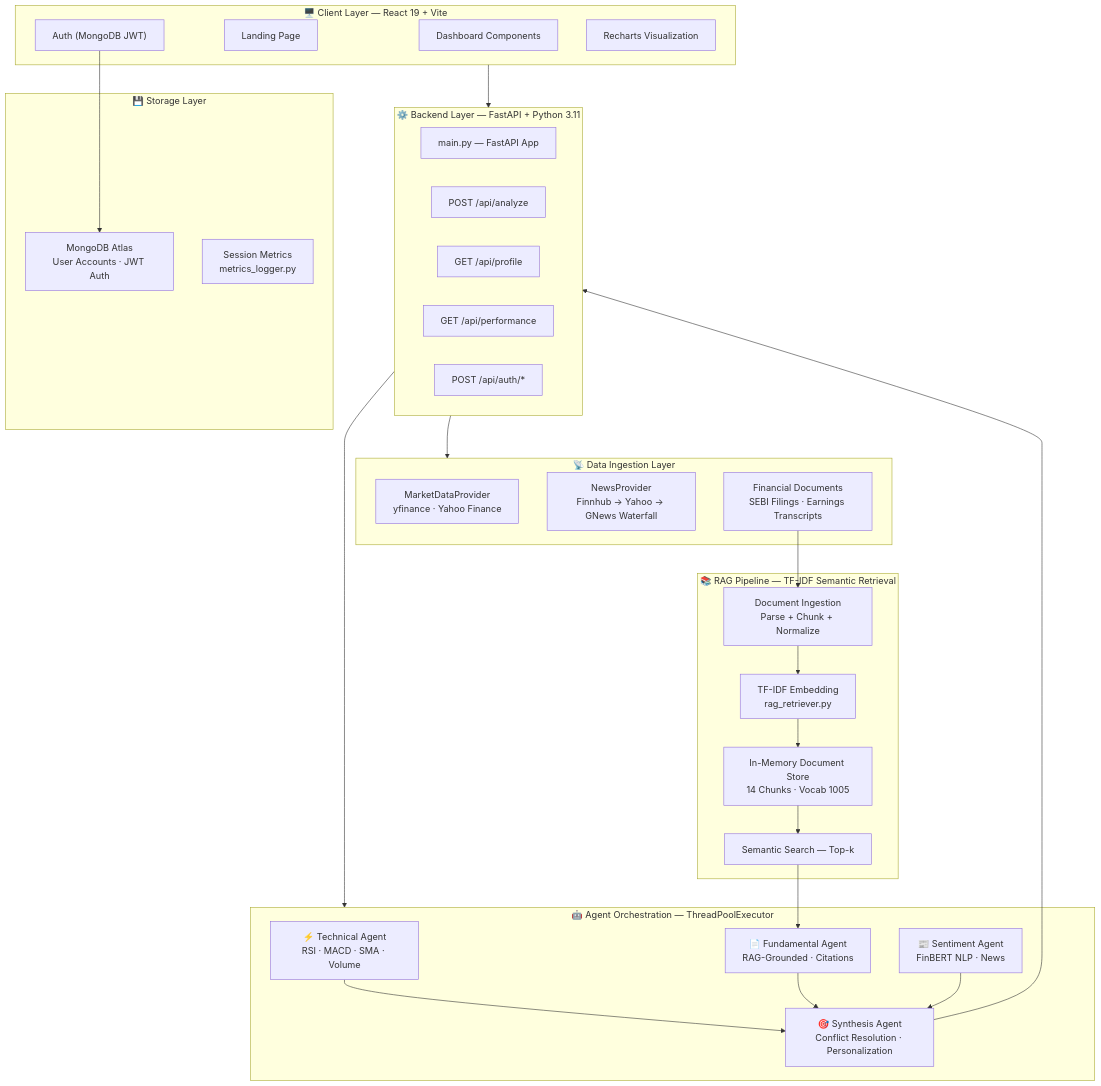
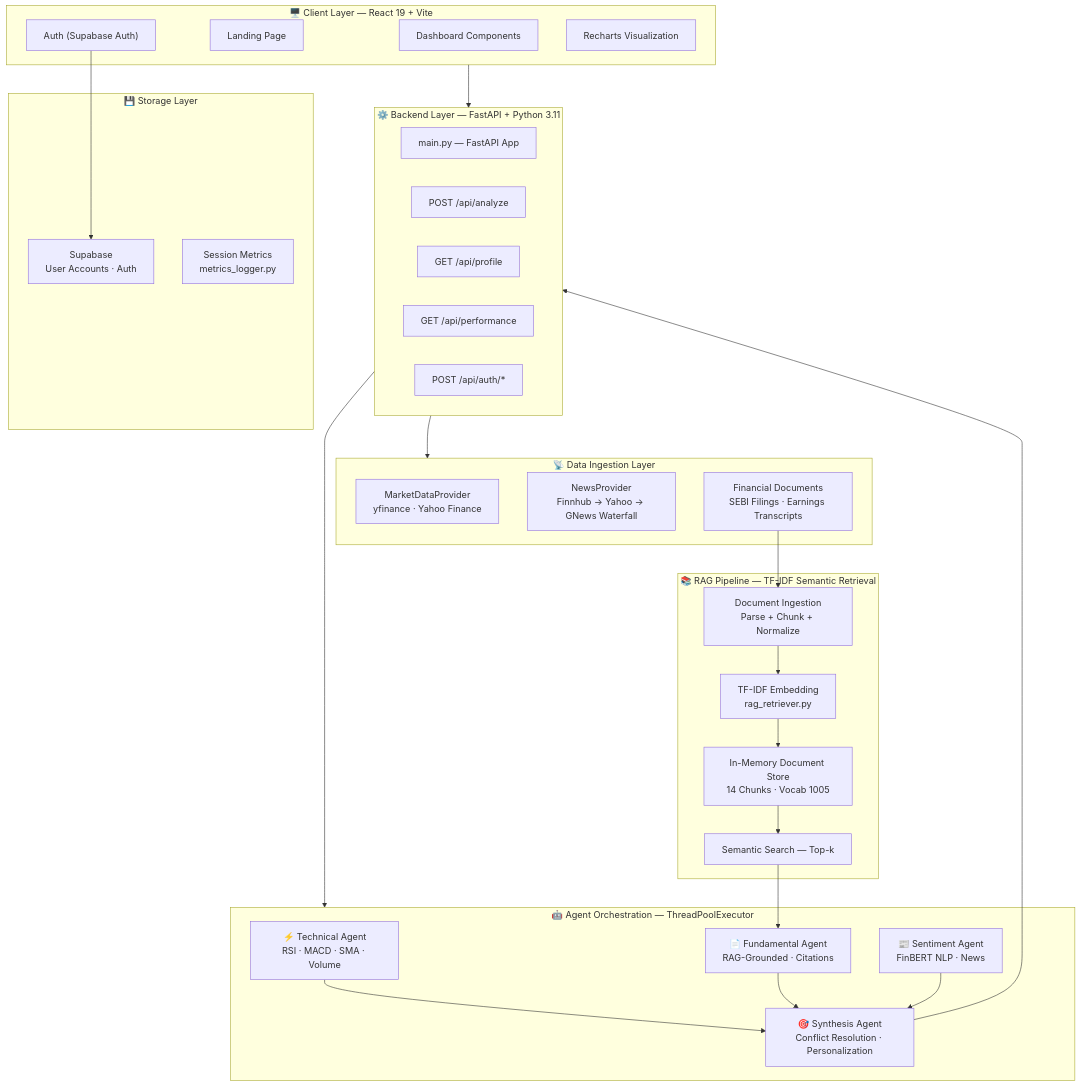
One commit to kamanasis/multi-agent-finance changed the first of 9 diagrams in README.md. Above: the diagram before and after it, drawn with Mermaid. The commit also changed other lines of this file, not shown here.

Commit message:
docs: update README to reflect Supabase migration and remove MongoDB references

````diff
--- a/README.md
+++ b/README.md
@@ -86,56 +86,56 @@
 ```mermaid
 graph TB
     subgraph CLIENT["🖥️ Client Layer — React 19 + Vite"]
         UI["Dashboard Components"]
         LP["Landing Page"]
-        AUTH["Auth (MongoDB JWT)"]
+        AUTH["Auth (Supabase Auth)"]
         RECHARTS["Recharts Visualization"]
     end
 
     subgraph API["⚙️ Backend Layer — FastAPI + Python 3.11"]
         MAIN["main.py — FastAPI App"]
         ANALYZE["POST /api/analyze"]
         PROFILE["GET /api/profile"]
         PERF["GET /api/performance"]
         AUTH_EP["POST /api/auth/*"]
     end
 
     subgraph DATA["📡 Data Ingestion Layer"]
         MARKET["MarketDataProvider\nyfinance · Yahoo Finance"]
         NEWS["NewsProvider\nFinnhub → Yahoo → GNews Waterfall"]
         FILINGS["Financial Documents\nSEBI Filings · Earnings Transcripts"]
     end
 
     subgraph AGENTS["🤖 Agent Orchestration — ThreadPoolExecutor"]
         TECH["⚡ Technical Agent\nRSI · MACD · SMA · Volume"]
         FUND["📄 Fundamental Agent\nRAG-Grounded · Citations"]
         SENT["📰 Sentiment Agent\nFinBERT NLP · News"]
         SYNTH["🎯 Synthesis Agent\nConflict Resolution · Personalization"]
     end
 
     subgraph RAG["📚 RAG Pipeline — TF-IDF Semantic Retrieval"]
         INGEST["Document Ingestion\nParse + Chunk + Normalize"]
         EMBED["TF-IDF Embedding\nrag_retriever.py"]
         VECTOR["In-Memory Document Store\n14 Chunks · Vocab 1005"]
         SEARCH["Semantic Search — Top-k"]
     end
 
     subgraph STORAGE["💾 Storage Layer"]
-        MONGO["MongoDB Atlas\nUser Accounts · JWT Auth"]
+        SUPA["Supabase\nUser Accounts · Auth"]
         METRICS["Session Metrics\nmetrics_logger.py"]
     end
 
     CLIENT --> API
     API --> DATA
     API --> AGENTS
     FILINGS --> INGEST --> EMBED --> VECTOR --> SEARCH --> FUND
     TECH & FUND & SENT --> SYNTH
     SYNTH --> API
-    AUTH --> MONGO
+    AUTH --> SUPA
 
     classDef clientStyle fill:#0f2a3a,stroke:#00C9A7,color:#fff
     classDef apiStyle fill:#1a2a1a,stroke:#35D07F,color:#fff
     classDef agentStyle fill:#2d1b69,stroke:#9b59b6,color:#fff
     classDef ragStyle fill:#3a1a0a,stroke:#F5B84B,color:#fff
     classDef storageStyle fill:#1e1e2e,stroke:#4F8CFF,color:#fff
 ```
````
